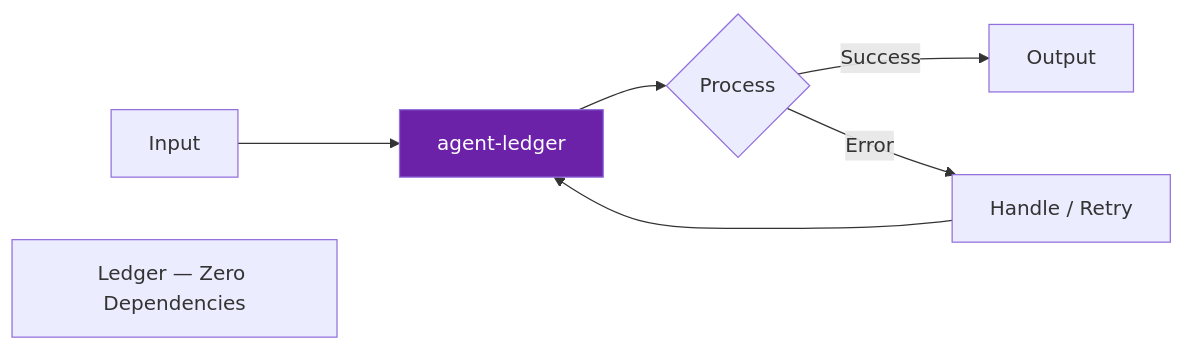
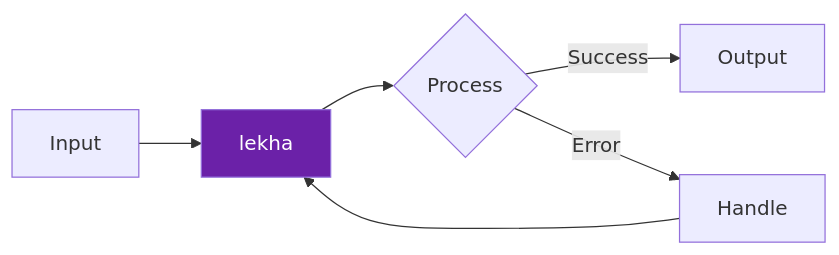
Before and after one commit to darshjme/agent-ledger: the diagram in README.md, drawn with Mermaid. The commit also changed other lines of this file and 1 other file, not shown here.

First line of the commit message:
feat(vedic-v3): rename to lekha (लेखा)

````diff
--- a/README.md
+++ b/README.md
@@ -48,10 +39,9 @@
 ```mermaid
 flowchart LR
-    A[Input] --> B[agent-ledger]
+    A[Input] --> B[lekha]
     B --> C{Process}
     C -- Success --> D[Output]
-    C -- Error --> E[Handle / Retry]
+    C -- Error --> E[Handle]
     E --> B
     style B fill:#6b21a8,color:#fff
-    note["Ledger — Zero Dependencies"]
 ```
````
